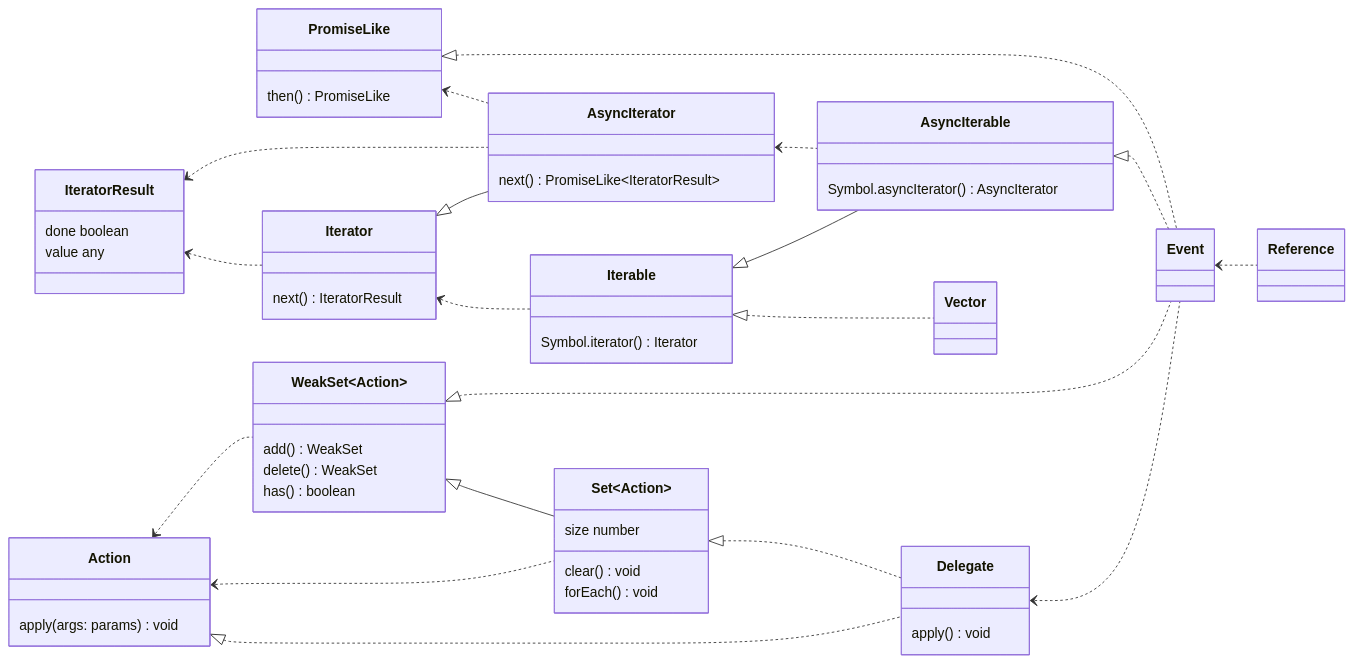
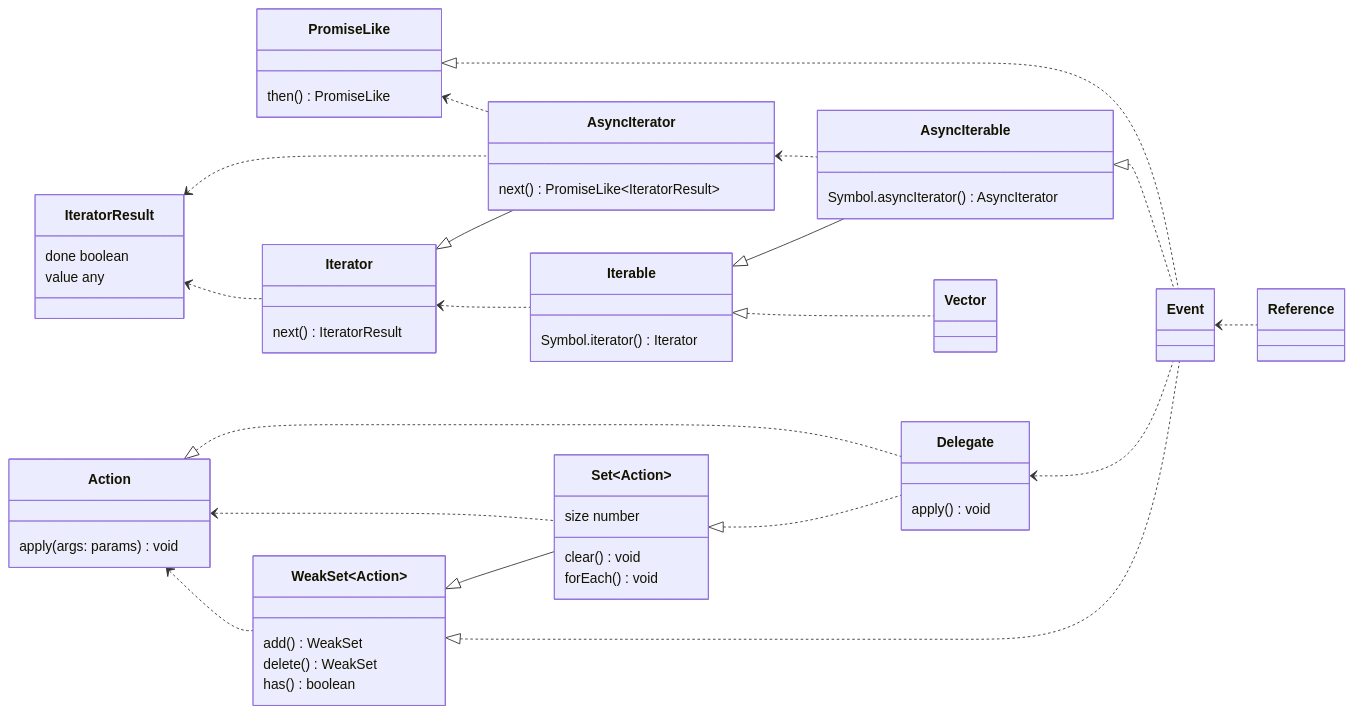
The fourth of 4 diagrams in README.md (domrally/peekeasy), drawn with Mermaid before and after one commit. The commit also changed other lines of this file and 4 other files, not shown here.

````diff
--- a/README.md
+++ b/README.md
@@ -208,62 +207,62 @@
 ```mermaid
 classDiagram
     direction LR
     PromiseLike <|.. Event
     PromiseLike <.. AsyncIterator
     IteratorResult <.. AsyncIterator
     Iterator <|-- AsyncIterator
     AsyncIterator <.. AsyncIterable
     Iterable <|-- AsyncIterable
     AsyncIterable <|.. Event
     IteratorResult <.. Iterator
     Iterator <.. Iterable
     Iterable <|.. Vector
+    Delegate <.. Event
+    Action <|.. Delegate
+    Set~Action~ <|.. Delegate
+    Action <.. Set~Action~
+    WeakSet~Action~ <|-- Set~Action~
     WeakSet~Action~ <|.. Event
     Action <.. WeakSet~Action~
-    Action <.. Set~Action~
-    Action <|.. Delegate
-    Set~Action~ <|.. Delegate
-    Delegate <.. Event
     Event <.. Reference
-    WeakSet~Action~ <|-- Set~Action~
     class IteratorResult {
         done boolean
         value any
     }
     class AsyncIterable {
         Symbol.asyncIterator() AsyncIterator
     }
     class Iterable {
         Symbol.iterator() Iterator
     }
     class Iterator {
         next() IteratorResult
     }
     class AsyncIterator {
         next() PromiseLike~IteratorResult~
     }
     class PromiseLike {
         then() PromiseLike
     }
     class WeakSet {
         add() WeakSet
         delete() WeakSet
         has() boolean
     }
     class Set {
         size number
         clear() void
         forEach() void
     }
     class Action {
         apply(args: params) void
     }
     class Delegate {
         apply() void
     }
     link Delegate "https://github.com/domrally/peekeasy/blob/main/src/delegate.ts" "delegate.ts"
     class Event
     link Event "https://github.com/domrally/peekeasy/blob/main/src/event.ts" "event.ts"
     class Vector
     link Vector "https://github.com/domrally/peekeasy/blob/main/src/vector.ts" "vector.ts"
 ```
````
